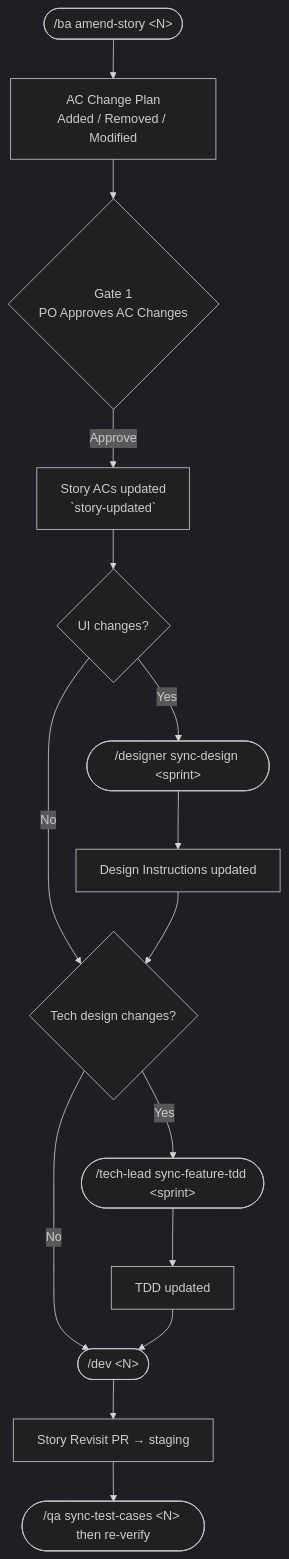
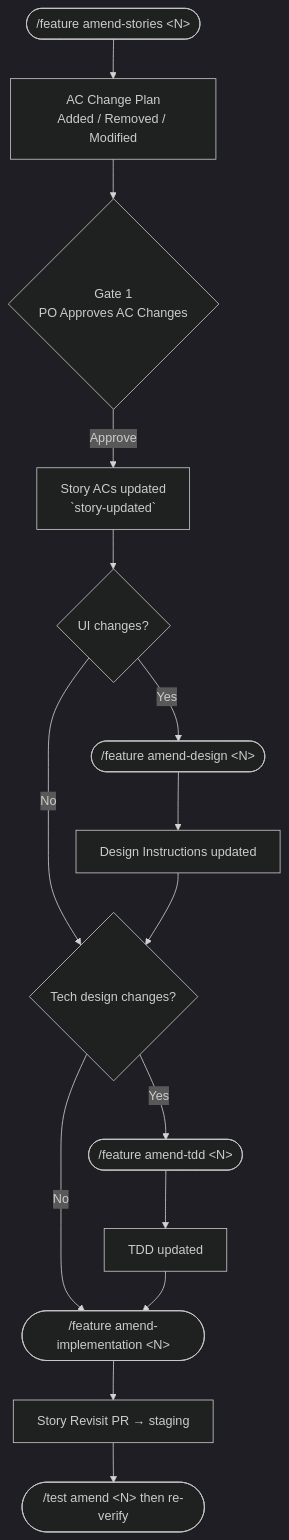
Before and after one commit to simpscal/notism: the fifth of 6 diagrams in README.md, drawn with Mermaid (dark theme). The commit also changed other lines of this file and 89 other files, not shown here.

````diff
--- a/README.md
+++ b/README.md
@@ -246,17 +263,17 @@
 ```mermaid
 flowchart TD
-    A(["/ba amend-story &lt;N&gt;"]) --> B["AC Change Plan\nAdded / Removed / Modified"]
+    A(["/feature amend-stories &lt;N&gt;"]) --> B["AC Change Plan\nAdded / Removed / Modified"]
     B --> G1{Gate 1\nPO Approves AC Changes}
     G1 -->|Approve| C["Story ACs updated\n`story-updated`"]
     C --> D{UI changes?}
-    D -->|Yes| E(["/designer sync-design &lt;sprint&gt;"])
+    D -->|Yes| E(["/feature amend-design &lt;N&gt;"])
     D -->|No| F{Tech design changes?}
     E --> E2["Design Instructions updated"]
     E2 --> F
-    F -->|Yes| G(["/tech-lead sync-feature-tdd &lt;sprint&gt;"])
-    F -->|No| H(["/dev &lt;N&gt;"])
+    F -->|Yes| G(["/feature amend-tdd &lt;N&gt;"])
+    F -->|No| H(["/feature amend-implementation &lt;N&gt;"])
     G --> G2["TDD updated"]
     G2 --> H
     H --> I["Story Revisit PR → staging"]
-    I --> QA(["/qa sync-test-cases &lt;N&gt; then re-verify"])
+    I --> QA(["/test amend &lt;N&gt; then re-verify"])
 ```
````
